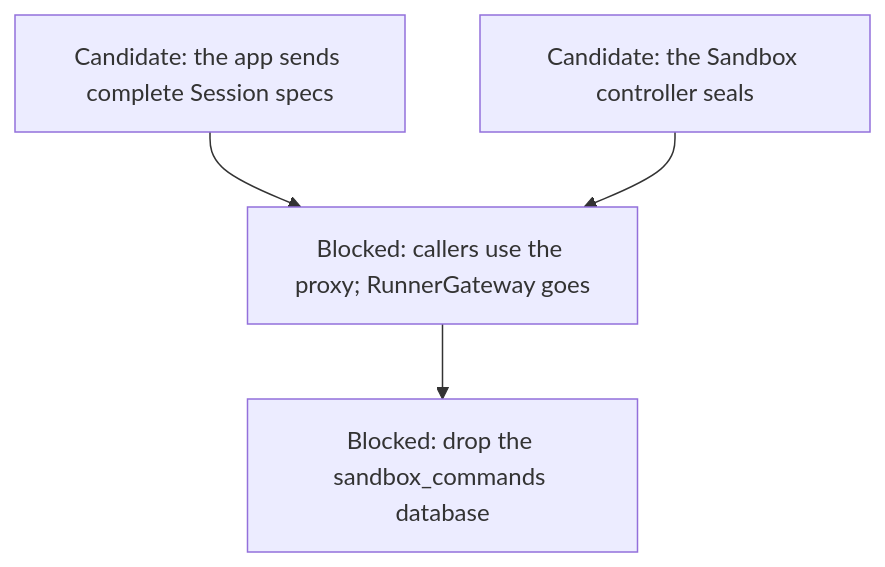
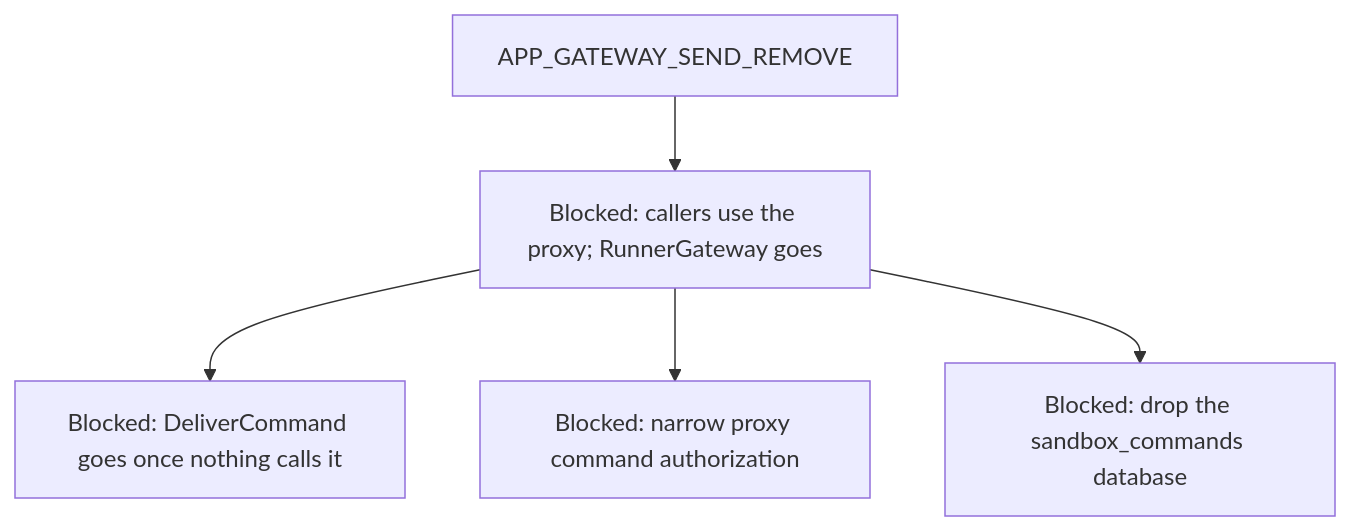
Diagram 15 of 15 in agentplane/plans/task_dag.md (agentydragon/ducktape), drawn with Mermaid before and after one commit. The commit also changed other lines of this file and 24 other files, not shown here.

````diff
--- a/agentplane/plans/task_dag.md
+++ b/agentplane/plans/task_dag.md
@@ -1290,10 +1243,11 @@
 ```mermaid
 flowchart TD
-    APP_SESSION_DEFAULTS[Candidate: the app sends complete Session specs]
-    CONTROLLER_SEALS[Candidate: the Sandbox controller seals]
+    RUNNER_COMMAND_RPCS[Blocked: DeliverCommand goes once nothing calls it]
+    GATEWAY_WRAPPER_RETIRE --> RUNNER_COMMAND_RPCS
     GATEWAY_WRAPPER_RETIRE[Blocked: callers use the proxy; RunnerGateway goes]
     GATEWAY_DATABASE_DROP[Blocked: drop the sandbox_commands database]
-    APP_SESSION_DEFAULTS --> GATEWAY_WRAPPER_RETIRE
-    CONTROLLER_SEALS --> GATEWAY_WRAPPER_RETIRE
+    APP_GATEWAY_SEND_REMOVE --> GATEWAY_WRAPPER_RETIRE
+    PROXY_START_METHODS_DISPATCHER_ONLY[Blocked: narrow proxy command authorization]
+    GATEWAY_WRAPPER_RETIRE --> PROXY_START_METHODS_DISPATCHER_ONLY
     GATEWAY_WRAPPER_RETIRE --> GATEWAY_DATABASE_DROP
 ```
````
